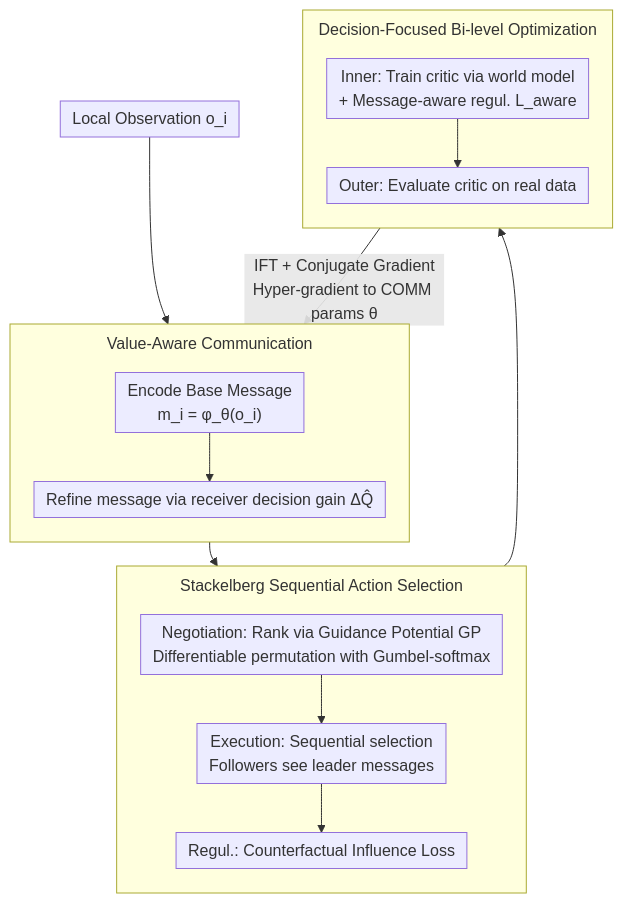
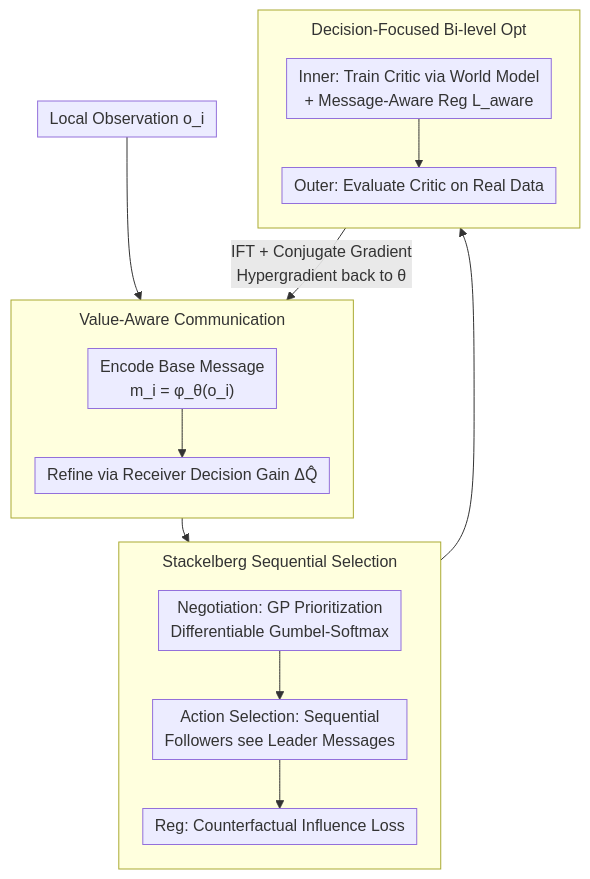
The diagram in docs/ICML2026/reinforcement_learning/multi-agent_decision-focused_learning_via_value-aware_sequential_communication.md (zhaoyang97/Paper-Notes-en), drawn with Mermaid before and after one commit. The commit also changed other lines of this file and 5084 other files, not shown here.

````diff
--- a/docs/ICML2026/reinforcement_learning/multi-agent_decision-focused_learning_via_value-aware_sequential_communication.md
+++ b/docs/ICML2026/reinforcement_learning/multi-agent_decision-focused_learning_via_value-aware_sequential_communication.md
@@ -43,21 +43,21 @@
 ```mermaid
 %%{init: {'flowchart': {'rankSpacing': 24, 'nodeSpacing': 28, 'padding': 6, 'wrappingWidth': 400, 'subGraphTitleMargin': {'top': 8, 'bottom': 16}}}}%%
 flowchart TD
     O["Local Observation o_i"] --> COMM
     subgraph COMM["Value-Aware Communication"]
         direction TB
-        E["Encode Base Message<br/>m_i = φ_θ(o_i)"] --> R["Refine message via receiver decision gain ΔQ̂"]
+        E["Encode Base Message<br/>m_i = φ_θ(o_i)"] --> R["Refine via Receiver Decision Gain ΔQ̂"]
     end
     COMM --> SEQ
-    subgraph SEQ["Stackelberg Sequential Action Selection"]
+    subgraph SEQ["Stackelberg Sequential Selection"]
         direction TB
-        G["Negotiation: Rank via Guidance Potential GP<br/>Differentiable permutation with Gumbel-softmax"] --> P["Execution: Sequential selection<br/>Followers see leader messages"]
-        P --> I["Regul.: Counterfactual Influence Loss"]
+        G["Negotiation: GP Prioritization<br/>Differentiable Gumbel-Softmax"] --> P["Action Selection: Sequential<br/>Followers see Leader Messages"]
+        P --> I["Reg: Counterfactual Influence Loss"]
     end
     SEQ --> BL
-    subgraph BL["Decision-Focused Bi-level Optimization"]
+    subgraph BL["Decision-Focused Bi-level Opt"]
         direction TB
-        IN["Inner: Train critic via world model<br/>+ Message-aware regul. L_aware"] --> OUT["Outer: Evaluate critic on real data"]
+        IN["Inner: Train Critic via World Model<br/>+ Message-Aware Reg L_aware"] --> OUT["Outer: Evaluate Critic on Real Data"]
     end
-    BL -->|"IFT + Conjugate Gradient<br/>Hyper-gradient to COMM params θ"| COMM
+    BL -->|"IFT + Conjugate Gradient<br/>Hypergradient back to θ"| COMM
 ```
````
